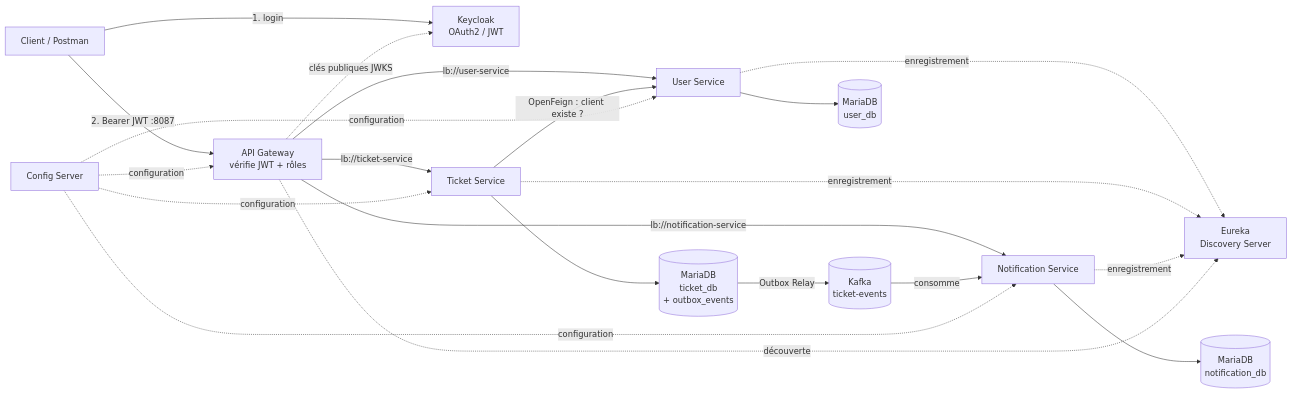
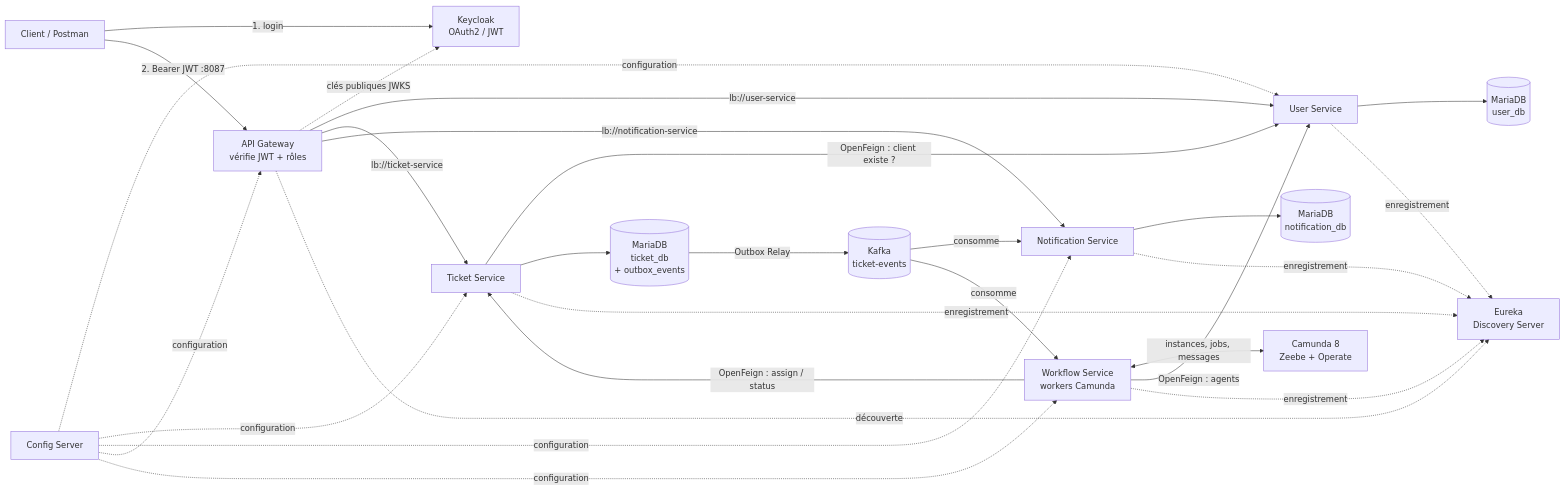
The first of 3 diagrams in README.md (anasxaz/ticketflow), drawn with Mermaid before and after one commit. The commit also changed other lines of this file, not shown here.

Commit message:
docs: update README for step 6 (Camunda workflow)

````diff
--- a/README.md
+++ b/README.md
@@ -13,29 +13,35 @@
 ```mermaid
 flowchart LR
     C[Client / Postman] -->|1. login| KC[Keycloak<br/>OAuth2 / JWT]
     C -->|2. Bearer JWT :8087| GW[API Gateway<br/>vérifie JWT + rôles]
     GW -. clés publiques JWKS .-> KC
 
     GW -->|lb://user-service| US[User Service]
     GW -->|lb://ticket-service| TS[Ticket Service]
     GW -->|lb://notification-service| NS[Notification Service]
 
     TS -->|OpenFeign : client existe ?| US
     TS --> TDB[(MariaDB<br/>ticket_db<br/>+ outbox_events)]
     TDB -->|Outbox Relay| K[(Kafka<br/>ticket-events)]
     K -->|consomme| NS
+    K -->|consomme| WS[Workflow Service<br/>workers Camunda]
+    WS <-->|instances, jobs, messages| CA[Camunda 8<br/>Zeebe + Operate]
+    WS -->|OpenFeign : agents| US
+    WS -->|OpenFeign : assign / status| TS
 
     US --> UDB[(MariaDB<br/>user_db)]
     NS --> NDB[(MariaDB<br/>notification_db)]
 
     CS[Config Server] -. configuration .-> US
     CS -. configuration .-> TS
     CS -. configuration .-> NS
     CS -. configuration .-> GW
+    CS -. configuration .-> WS
 
     EU[Eureka<br/>Discovery Server]
     US -. enregistrement .-> EU
     TS -. enregistrement .-> EU
     NS -. enregistrement .-> EU
+    WS -. enregistrement .-> EU
     GW -. découverte .-> EU
 ```
````
